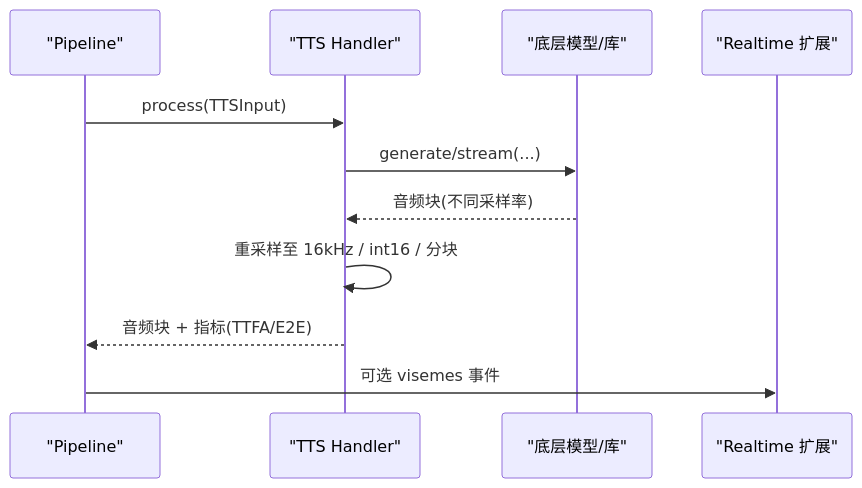
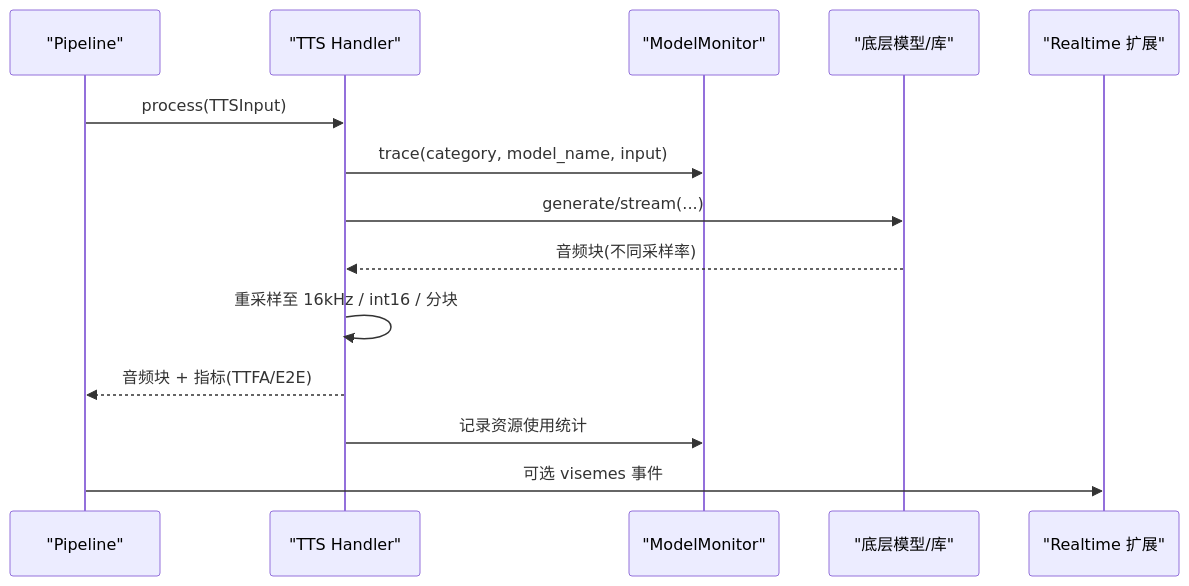
The second of 10 diagrams in .qoder/repowiki/zh/content/文字转语音 (TTS)/文字转语音 (TTS).md (joezxh/speech-to-speech), drawn with Mermaid before and after one commit. The commit also changed other lines of this file and 1743 other files, not shown here.

````diff
--- a/.qoder/repowiki/zh/content/文字转语音 (TTS)/文字转语音 (TTS).md
+++ b/.qoder/repowiki/zh/content/文字转语音 (TTS)/文字转语音 (TTS).md
@@ -77,13 +101,16 @@
 ```mermaid
 sequenceDiagram
 participant Pipe as "Pipeline"
 participant Handler as "TTS Handler"
+participant Monitor as "ModelMonitor"
 participant Model as "底层模型/库"
 participant RT as "Realtime 扩展"
 Pipe->>Handler : process(TTSInput)
+Handler->>Monitor : trace(category, model_name, input)
 Handler->>Model : generate/stream(...)
 Model-->>Handler : 音频块(不同采样率)
 Handler->>Handler : 重采样至 16kHz / int16 / 分块
 Handler-->>Pipe : 音频块 + 指标(TTFA/E2E)
+Handler->>Monitor : 记录资源使用统计
 Pipe->>RT : 可选 visemes 事件
 ```
````
